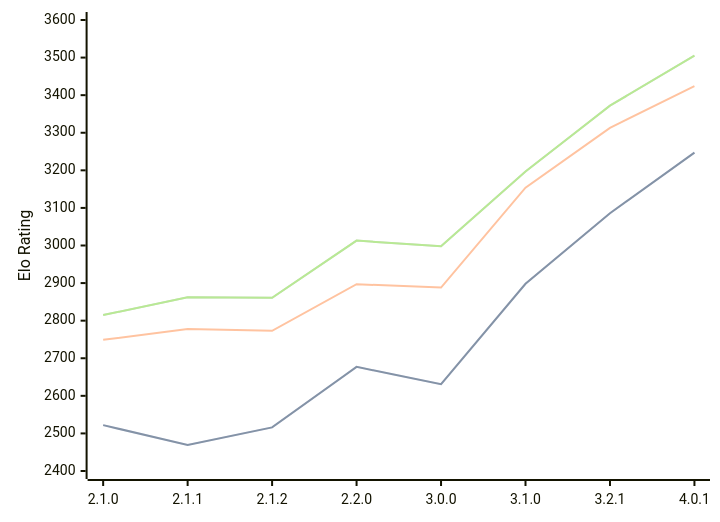
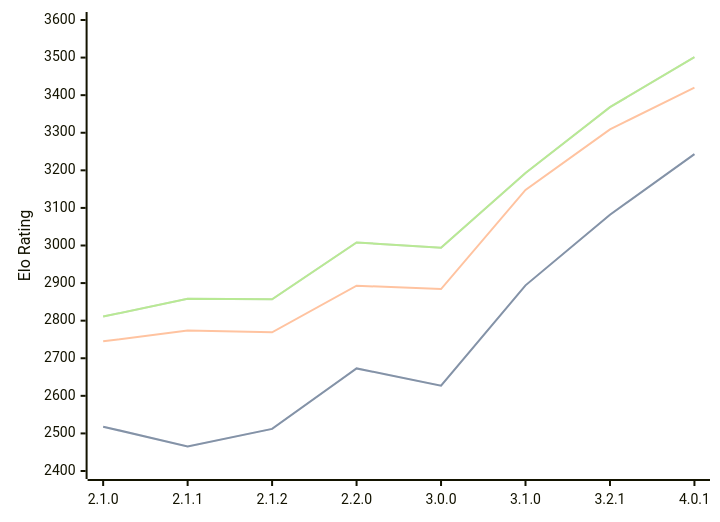
The first of 3 diagrams in engines/Prune.md (computer-chess-index/cci), drawn with Mermaid before and after one commit. The commit also changed other lines of this file, not shown here.

Commit message:
Update CCI Ratings (ELO VLTC) - 2026-07-16

````diff
--- a/engines/Prune.md
+++ b/engines/Prune.md
@@ -44,11 +44,11 @@
 ```mermaid
 %%{init: {"theme":"base","themeVariables":{"seriesColors:['#a3a3a3','#222221','#faa371']}}}%%
 xychart-beta
   x-axis ["2.1.0", "2.1.1", "2.1.2", "2.2.0", "3.0.0", "3.1.0", "3.2.1", "4.0.1"]
   y-axis "Elo Rating" 2400 --> 3600
-  line "STC (8.0+0.08s)" [2522, 2469, 2516, 2677, 2631, 2898, 3086, 3247]
-  line "STC (8.0+0.08s)" [2522, 2469, 2516, 2677, 2631, 2898, 3086, 3247]
-  line "LTC (60.0+0.60s)" [2749, 2778, 2773, 2897, 2888, 3154, 3313, 3424]
-  line "VLTC (2m24s+1.12s)" [2815, 2862, 2861, 3013, 2998, 3197, 3372, 3505]
-  line "VLTC (2m24s+1.12s)" [2815, 2862, 2861, 3013, 2998, 3197, 3372, 3505]
+  line "STC (8.0+0.08s)" [2518, 2465, 2512, 2673, 2627, 2894, 3082, 3243]
+  line "STC (8.0+0.08s)" [2518, 2465, 2512, 2673, 2627, 2894, 3082, 3243]
+  line "LTC (60.0+0.60s)" [2745, 2774, 2769, 2893, 2884, 3148, 3309, 3420]
+  line "VLTC (2m24s+1.12s)" [2811, 2858, 2857, 3008, 2994, 3193, 3368, 3501]
+  line "VLTC (2m24s+1.12s)" [2811, 2858, 2857, 3008, 2994, 3193, 3368, 3501]
 ```
````
